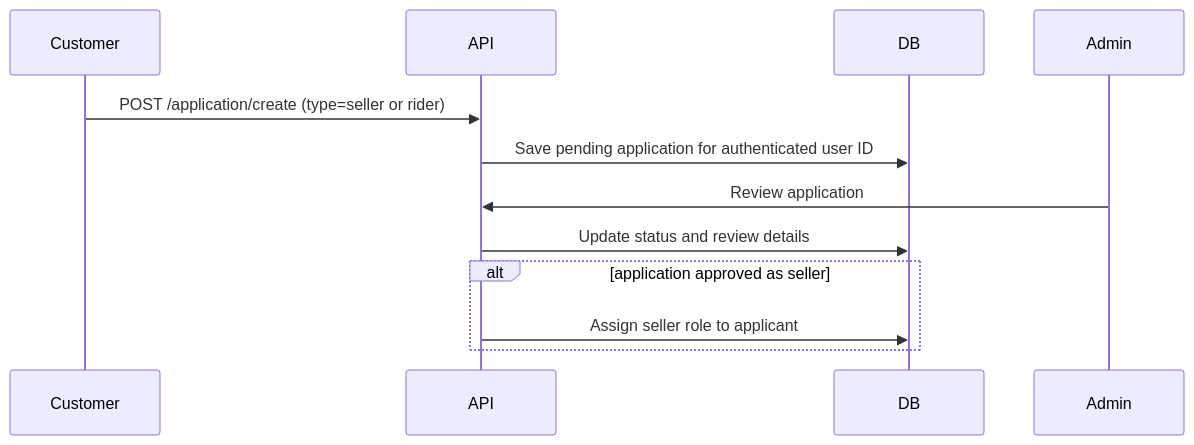
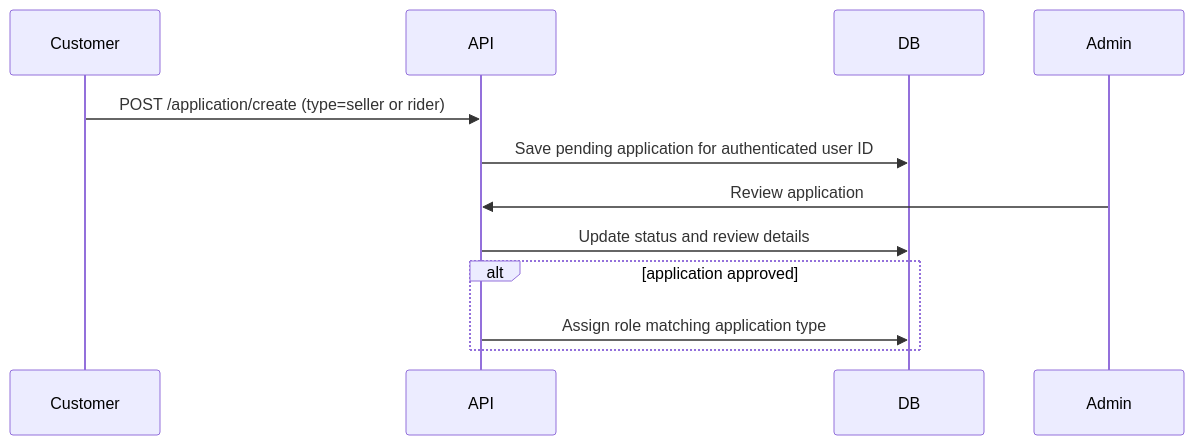
Before and after one commit to Yosf96633/nest-e-commerce: the third of 4 diagrams in architecture.md, drawn with Mermaid. The commit also changed other lines of this file and 23 other files, not shown here.

````diff
--- a/architecture.md
+++ b/architecture.md
@@ -156,15 +160,15 @@
 ```mermaid
 sequenceDiagram
     participant Customer
     participant API
     participant DB
     participant Admin
 
     Customer->>API: POST /application/create (type=seller or rider)
     API->>DB: Save pending application for authenticated user ID
     Admin->>API: Review application
     API->>DB: Update status and review details
-    alt application approved as seller
-        API->>DB: Assign seller role to applicant
+    alt application approved
+        API->>DB: Assign role matching application type
     end
 ```
````
